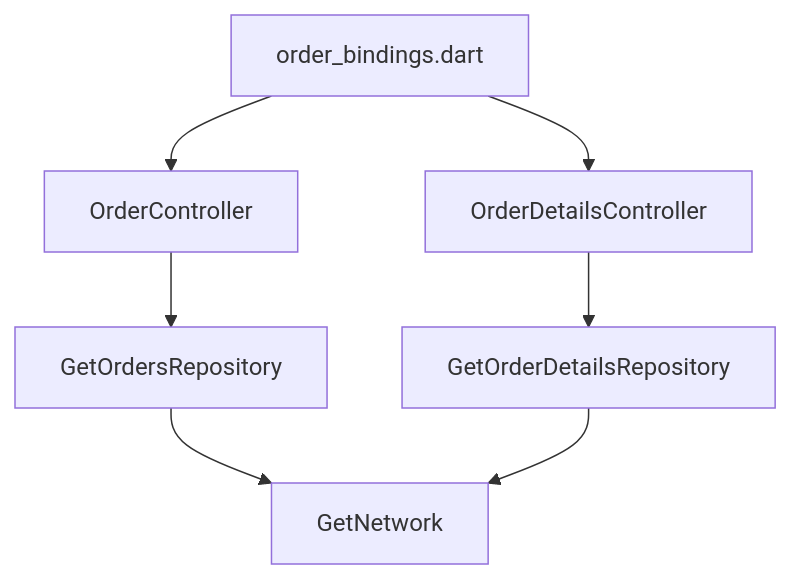
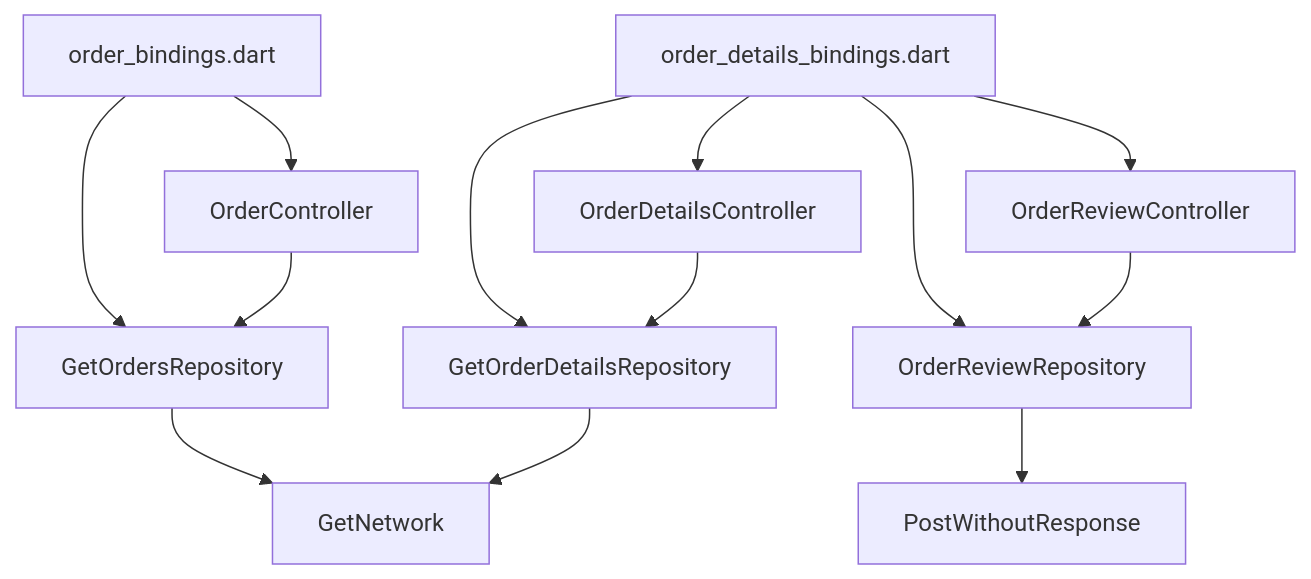
Diagram 13 of 13 in .qoder/repowiki/en/content/Core Features/E-commerce Platform/Order Management System.md (Ariful3111/FurniGo), drawn with Mermaid before and after one commit. The commit also changed other lines of this file and 12 other files, not shown here.

````diff
--- a/.qoder/repowiki/en/content/Core Features/E-commerce Platform/Order Management System.md
+++ b/.qoder/repowiki/en/content/Core Features/E-commerce Platform/Order Management System.md
@@ -534,9 +639,15 @@
 ```mermaid
 graph TB
-B["order_bindings.dart"] --> C1["OrderController"]
-B --> C2["OrderDetailsController"]
-C1 --> R1["GetOrdersRepository"]
-C2 --> R2["GetOrderDetailsRepository"]
+B1["order_bindings.dart"] --> C1["OrderController"]
+B1 --> R1["GetOrdersRepository"]
+B2["order_details_bindings.dart"] --> C2["OrderDetailsController"]
+B2 --> C3["OrderReviewController"]
+B2 --> R2["GetOrderDetailsRepository"]
+B2 --> R3["OrderReviewRepository"]
+C1 --> R1
+C2 --> R2
+C3 --> R3
 R1 --> N["GetNetwork"]
 R2 --> N
+R3 --> P["PostWithoutResponse"]
 ```
````
